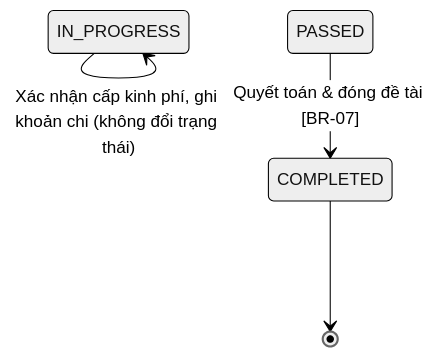
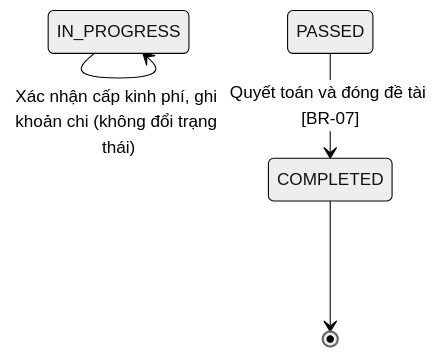
Before and after one commit to PTZero2026/rms-docs: the second of 2 diagrams in docs/features/F05-quan-ly-kinh-phi/spec.md, drawn with Mermaid (neutral theme). The commit also changed other lines of this file, not shown here.

Commit message:
Fix Mermaid sequence diagram line breaks in F05 spec

````diff
--- a/docs/features/F05-quan-ly-kinh-phi/spec.md
+++ b/docs/features/F05-quan-ly-kinh-phi/spec.md
@@ -108,6 +108,6 @@
 ```mermaid
 stateDiagram-v2
     IN_PROGRESS --> IN_PROGRESS : Xác nhận cấp kinh phí, ghi khoản chi (không đổi trạng thái)
-    PASSED --> COMPLETED : Quyết toán & đóng đề tài [BR-07]
+    PASSED --> COMPLETED : Quyết toán và đóng đề tài [BR-07]
     COMPLETED --> [*]
 ```
````
